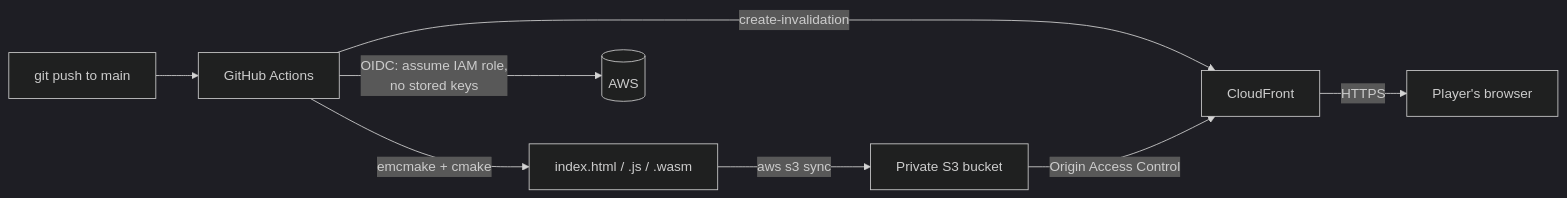
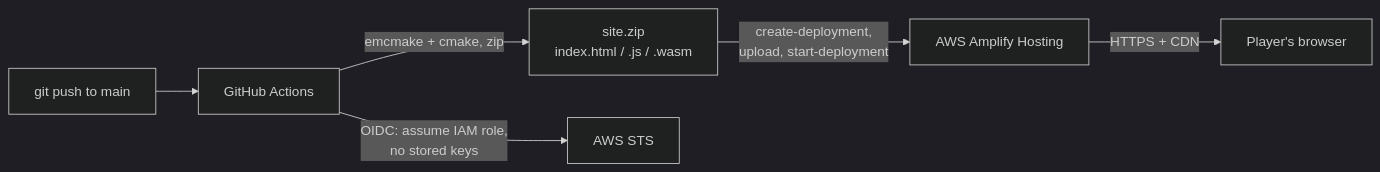
The diagram in README.md (Ayush1860/Breakout), drawn with Mermaid (dark theme) before and after one commit. The commit also changed other lines of this file and 2 other files, not shown here.

First line of the commit message:
deploy: switch hosting to Amplify

````diff
--- a/README.md
+++ b/README.md
@@ -132,10 +132,8 @@
 ```mermaid
 flowchart LR
     Dev[git push to main] --> GH[GitHub Actions]
-    GH -->|emcmake + cmake| Build[index.html / .js / .wasm]
-    GH -->|OIDC: assume IAM role,<br/>no stored keys| AWS[(AWS)]
-    Build -->|aws s3 sync| S3[Private S3 bucket]
-    GH -->|create-invalidation| CF[CloudFront]
-    S3 -->|Origin Access Control| CF
-    CF -->|HTTPS| Player[Player's browser]
+    GH -->|emcmake + cmake, zip| Zip[site.zip<br/>index.html / .js / .wasm]
+    GH -->|OIDC: assume IAM role,<br/>no stored keys| STS[AWS STS]
+    Zip -->|create-deployment,<br/>upload, start-deployment| AMP[AWS Amplify Hosting]
+    AMP -->|HTTPS + CDN| Player[Player's browser]
 ```
````
